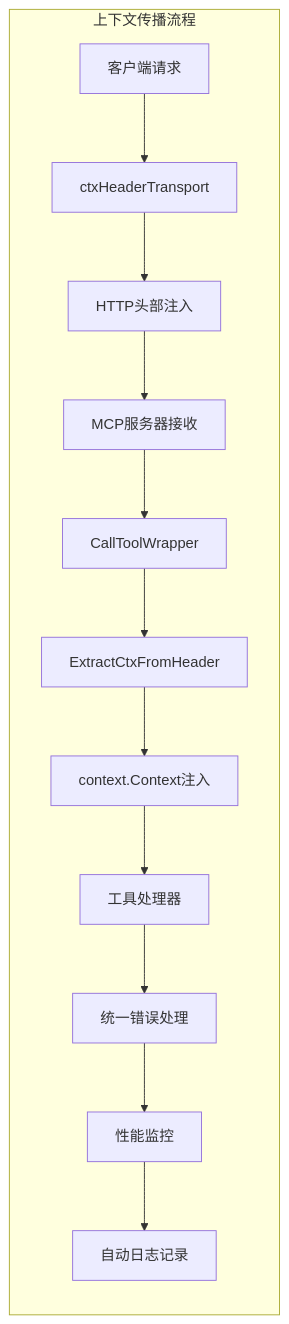
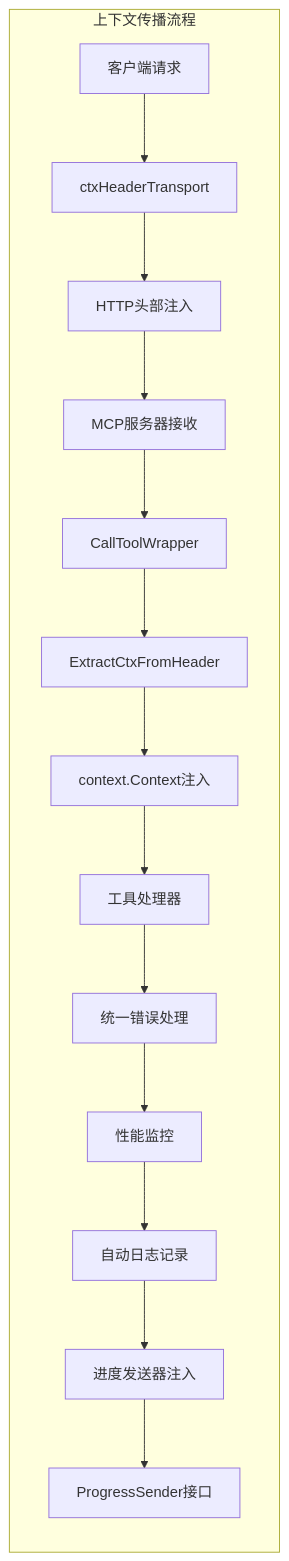
The eighth of 18 diagrams in .qoder/repowiki/zh/content/AI应用模块/MCP服务器.md (maomao94/zero-service), drawn with Mermaid before and after one commit. The commit also changed other lines of this file and 42 other files, not shown here.

````diff
--- a/.qoder/repowiki/zh/content/AI应用模块/MCP服务器.md
+++ b/.qoder/repowiki/zh/content/AI应用模块/MCP服务器.md
@@ -391,15 +469,17 @@
 ```mermaid
 graph LR
 subgraph "上下文传播流程"
 A["客户端请求"] --> B["ctxHeaderTransport"]
 B --> C["HTTP头部注入"]
 C --> D["MCP服务器接收"]
 D --> E["CallToolWrapper"]
 E --> F["ExtractCtxFromHeader"]
 F --> G["context.Context注入"]
 G --> H["工具处理器"]
 H --> I["统一错误处理"]
 I --> J["性能监控"]
 J --> K["自动日志记录"]
+K --> L["进度发送器注入"]
+L --> M["ProgressSender接口"]
 end
 ```
````
